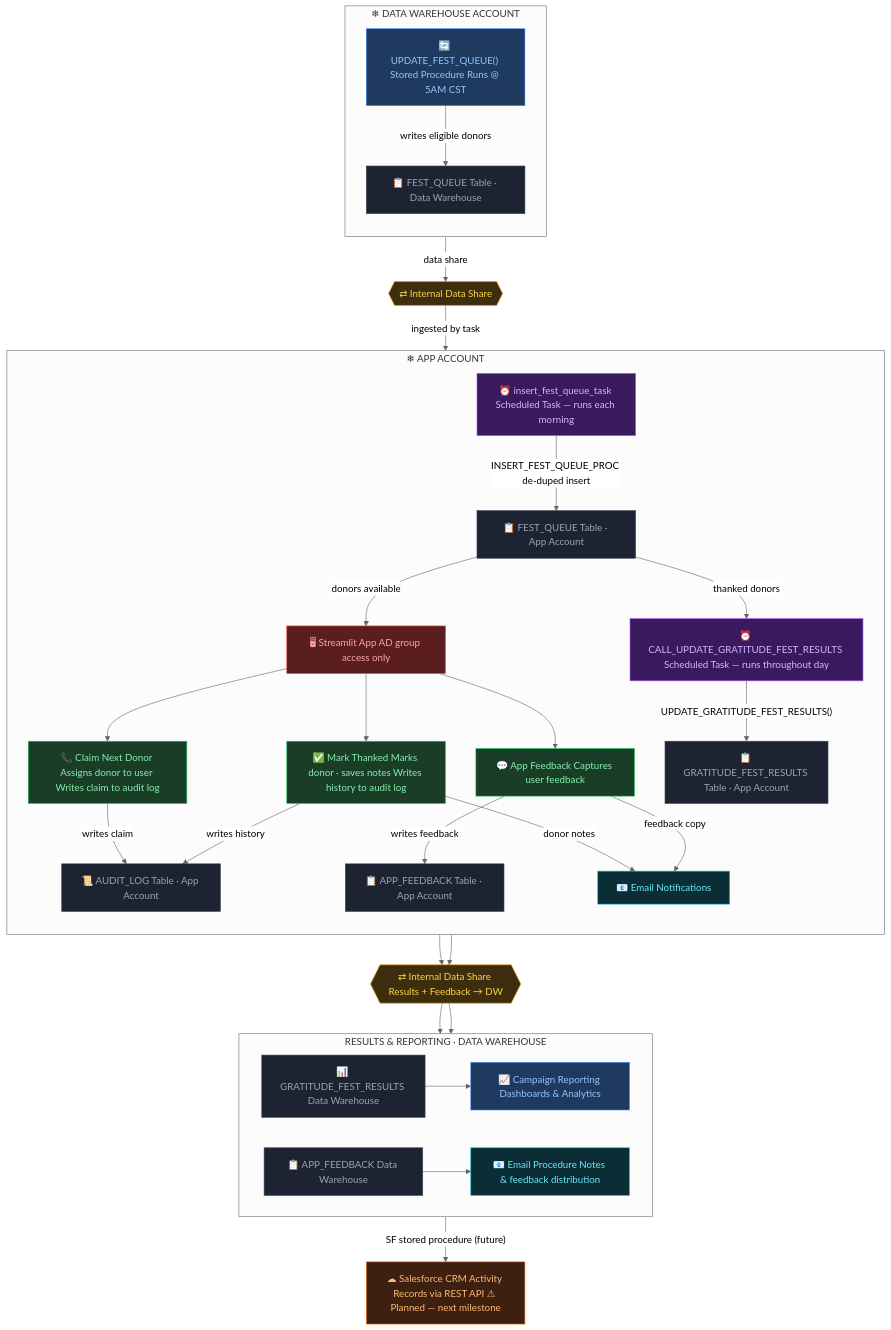
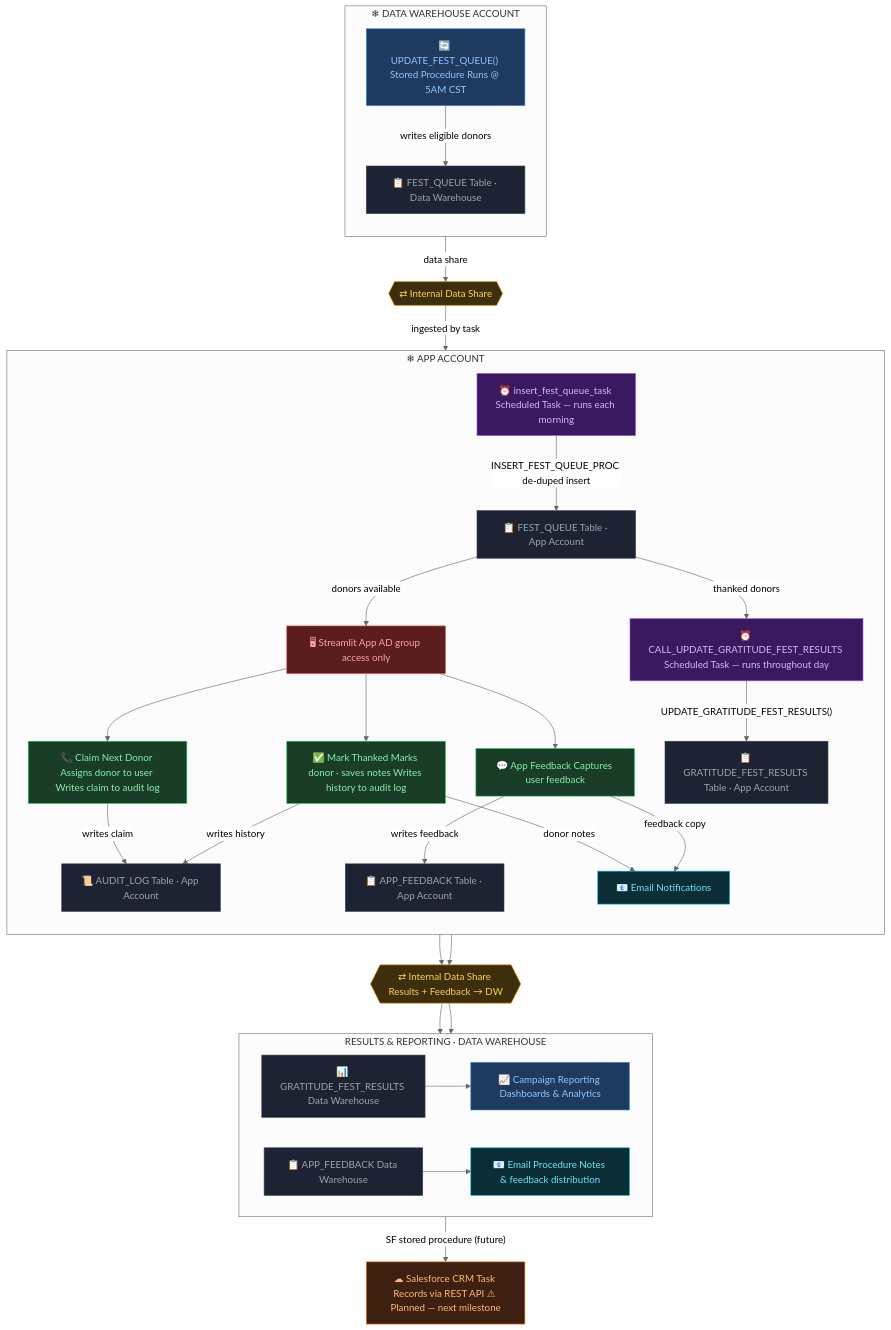
The diagram in README.md (chrismack698/Gratitude-Fest), drawn with Mermaid (neutral theme) before and after one commit. The commit also changed other lines of this file, not shown here.

````diff
--- a/README.md
+++ b/README.md
@@ -15,73 +15,73 @@
 ```mermaid
 flowchart TD
     classDef dw     fill:#1e3a5f,stroke:#3B82F6,color:#93c5fd
     classDef app    fill:#5a1e1e,stroke:#EF4444,color:#fca5a5
     classDef proc   fill:#1a3d28,stroke:#22C55E,color:#86efac
     classDef task   fill:#3a1a5f,stroke:#A855F7,color:#d8b4fe
     classDef share  fill:#3d2e0e,stroke:#F59E0B,color:#fcd34d
     classDef email  fill:#0a2d36,stroke:#06B6D4,color:#67e8f9
     classDef sf     fill:#3d2010,stroke:#F97316,color:#fdba74
     classDef table  fill:#1e2334,stroke:#374151,color:#9ca3af
 
     subgraph DW ["❄  DATA WAREHOUSE ACCOUNT"]
         direction TB
         P1["🔄 UPDATE_FEST_QUEUE() Stored Procedure Runs @ 5AM CST"]:::dw
         DWT["📋 FEST_QUEUE Table · Data Warehouse"]:::table
         P1 -->|"writes eligible donors"| DWT
     end
 
     DS1{{"⇄ Internal Data Share"}}:::share
 
     subgraph APP ["❄  APP ACCOUNT"]
         direction TB
         T1["⏰ insert_fest_queue_task Scheduled Task — runs each morning"]:::task
         APT["📋 FEST_QUEUE Table · App Account"]:::table
         T1 -->|"INSERT_FEST_QUEUE_PROC de-duped insert"| APT
 
         STR["🖥 Streamlit App AD group access only"]:::app
         APT -->|"donors available"| STR
 
         STR --> C1["📞 Claim Next Donor Assigns donor to user Writes claim to audit log"]:::proc
         STR --> C2["✅ Mark Thanked Marks donor · saves notes Writes history to audit log"]:::proc
         STR --> C3["💬 App Feedback Captures user feedback"]:::proc
 
         AL["📜 AUDIT_LOG Table · App Account"]:::table
         C1 -->|"writes claim"| AL
         C2 -->|"writes history"| AL
 
         FB["📋 APP_FEEDBACK Table · App Account"]:::table
         C3 -->|"writes feedback"| FB
 
         EM["📧 Email Notifications"]:::email
         C2 -->|"donor notes"| EM
         C3 -->|"feedback copy"| EM
 
         T2["⏰ CALL_UPDATE_GRATITUDE_FEST_RESULTS Scheduled Task — runs throughout day"]:::task
         APT -->|"thanked donors"| T2
         T2 -->|"UPDATE_GRATITUDE_FEST_RESULTS()"| RES
 
         RES["📋 GRATITUDE_FEST_RESULTS Table · App Account"]:::table
     end
 
     DS2{{"⇄ Internal Data Share Results + Feedback → DW"}}:::share
 
     subgraph REPORT ["  RESULTS & REPORTING · DATA WAREHOUSE"]
         direction LR
         DWR["📊 GRATITUDE_FEST_RESULTS Data Warehouse"]:::table
         DWF["📋 APP_FEEDBACK Data Warehouse"]:::table
         RPT["📈 Campaign Reporting Dashboards & Analytics"]:::dw
         EP["📧 Email Procedure Notes & feedback distribution"]:::email
         DWR --> RPT
         DWF --> EP
     end
 
-    SF["☁ Salesforce CRM Activity Records via REST API ⚠ Planned — next milestone"]:::sf
+    SF["☁ Salesforce CRM Task Records via REST API ⚠ Planned — next milestone"]:::sf
 
     DWT -->|"data share"| DS1
     DS1 -->|"ingested by task"| T1
     RES --> DS2
     FB  --> DS2
     DS2 --> DWR
     DS2 --> DWF
     RPT -->|"SF stored procedure (future)"| SF
 ```
````
